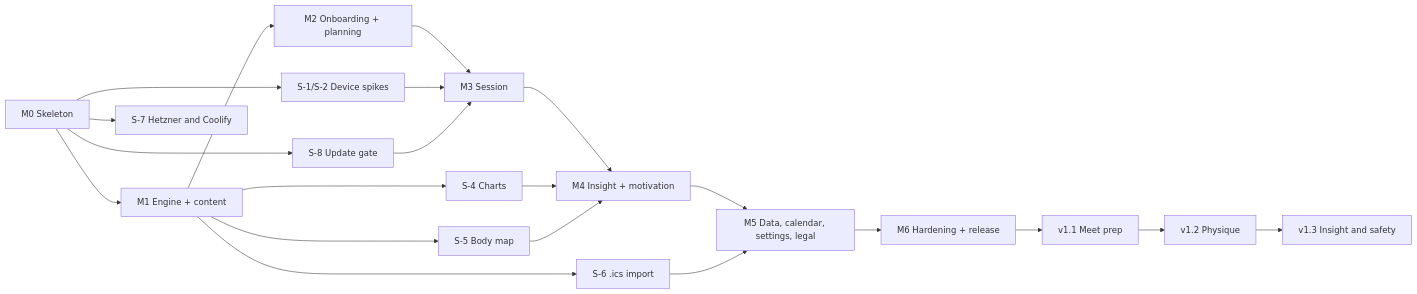
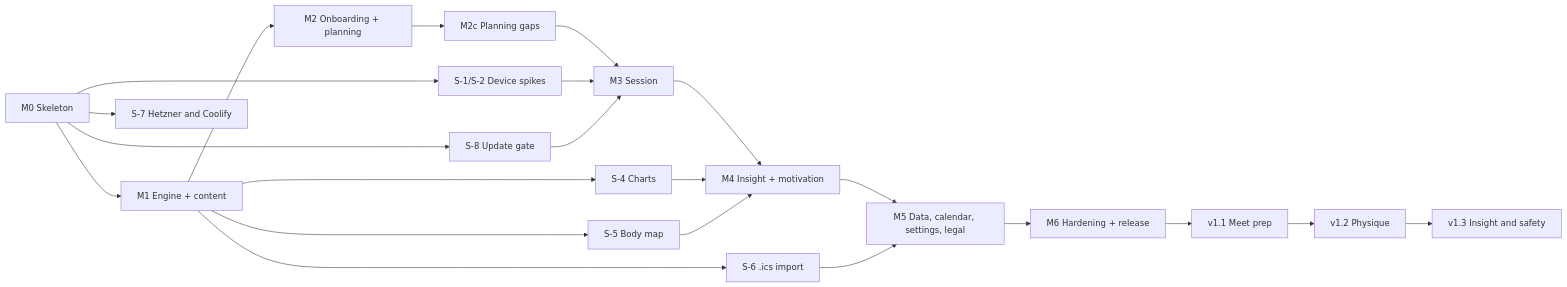
One commit to SyzBeats/powr changed the ninth of 9 diagrams in docs/technical-concept.md. Above: the diagram before and after it, drawn with Mermaid. The commit also changed other lines of this file and 170 other files, not shown here.

````diff
--- a/docs/technical-concept.md
+++ b/docs/technical-concept.md
@@ -2515,23 +2579,24 @@
 ```mermaid
 flowchart LR
   M0[M0 Skeleton] --> M1[M1 Engine + content]
   M0 --> S1[S-1/S-2 Device spikes]
   M0 --> S7[S-7 Hetzner and Coolify]
   M0 --> S8[S-8 Update gate]
   M1 --> M2[M2 Onboarding + planning]
   M1 --> S4[S-4 Charts]
   M1 --> S5[S-5 Body map]
   M1 --> S6[S-6 .ics import]
-  M2 --> M3[M3 Session]
+  M2 --> M2c[M2c Planning gaps]
+  M2c --> M3[M3 Session]
   S1 --> M3
   S8 --> M3
   M3 --> M4[M4 Insight + motivation]
   S4 --> M4
   S5 --> M4
   M4 --> M5[M5 Data, calendar, settings, legal]
   S6 --> M5
   M5 --> M6[M6 Hardening + release]
   M6 --> V11[v1.1 Meet prep]
   V11 --> V12[v1.2 Physique]
   V12 --> V13[v1.3 Insight and safety]
 ```
````
